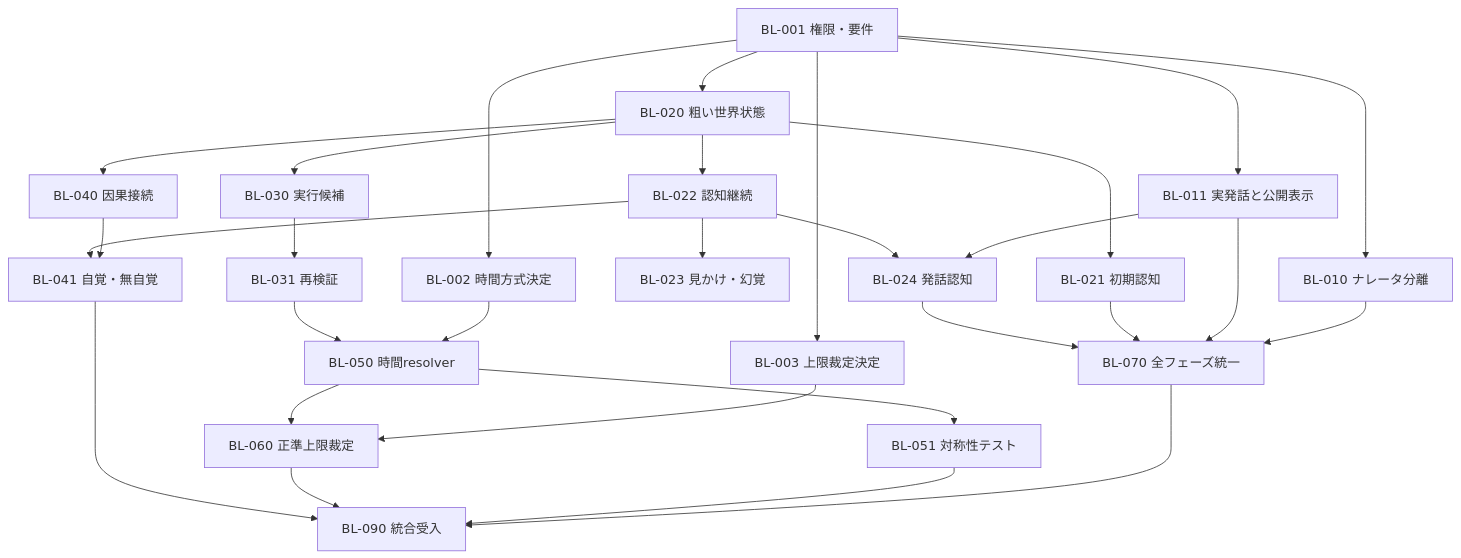
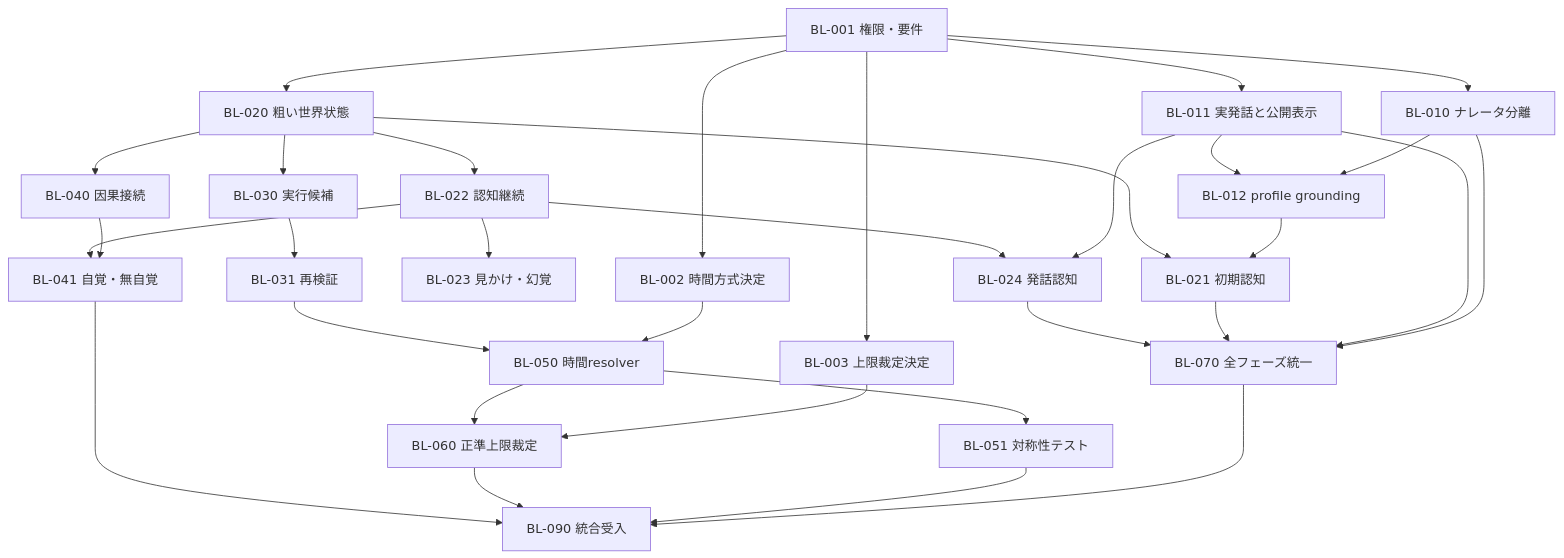
One commit to mako10k/kshiai changed the second of 2 diagrams in docs/battle-fit-gap-backlog.md. Above: the diagram before and after it, drawn with Mermaid. The commit also changed other lines of this file and 15 other files, not shown here.

````diff
--- a/docs/battle-fit-gap-backlog.md
+++ b/docs/battle-fit-gap-backlog.md
@@ -314,31 +363,34 @@
 ```mermaid
 flowchart TD
   B001[BL-001 権限・要件] --> B002[BL-002 時間方式決定]
   B001 --> B003[BL-003 上限裁定決定]
   B001 --> B010[BL-010 ナレータ分離]
   B001 --> B011[BL-011 実発話と公開表示]
+  B010 --> B012[BL-012 profile grounding]
+  B011 --> B012
   B001 --> B020[BL-020 粗い世界状態]
+  B012 --> B021[BL-021 初期認知]
   B020 --> B021[BL-021 初期認知]
   B020 --> B022[BL-022 認知継続]
   B020 --> B030[BL-030 実行候補]
   B020 --> B040[BL-040 因果接続]
   B022 --> B023[BL-023 見かけ・幻覚]
   B011 --> B024[BL-024 発話認知]
   B022 --> B024
   B030 --> B031[BL-031 再検証]
   B040 --> B041[BL-041 自覚・無自覚]
   B022 --> B041
   B002 --> B050[BL-050 時間resolver]
   B031 --> B050
   B050 --> B051[BL-051 対称性テスト]
   B003 --> B060[BL-060 正準上限裁定]
   B050 --> B060
   B010 --> B070[BL-070 全フェーズ統一]
   B011 --> B070
   B021 --> B070
   B024 --> B070
   B070 --> B090[BL-090 統合受入]
   B051 --> B090
   B060 --> B090
   B041 --> B090
 ```
````
